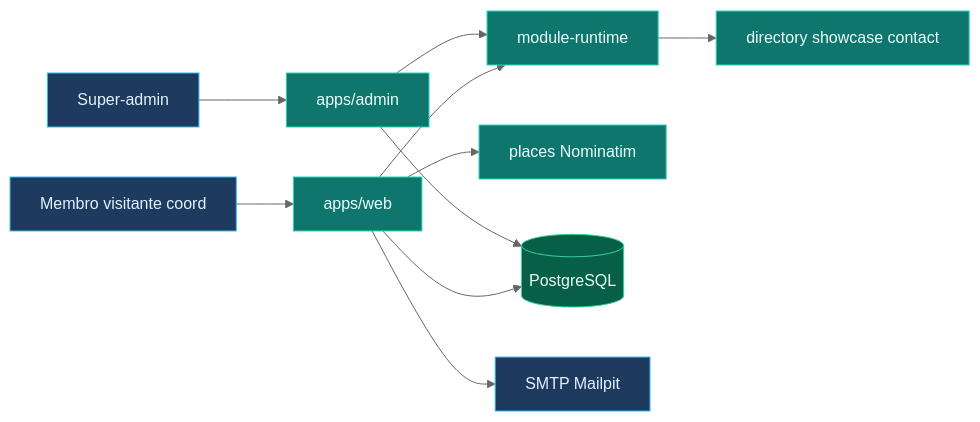
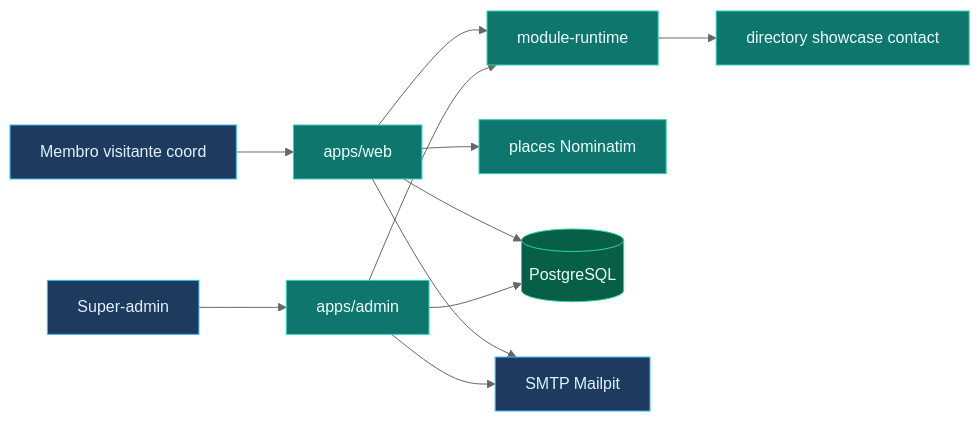
The diagram in docs/architecture/diagrams/alumni-runtime.md (colabcolibri/comuna), drawn with Mermaid (neutral theme) before and after one commit. The commit also changed 99 other files, not shown here.

````diff
--- a/docs/architecture/diagrams/alumni-runtime.md
+++ b/docs/architecture/diagrams/alumni-runtime.md
@@ -11,29 +11,30 @@
 ```mermaid
 flowchart LR
     Member[Membro visitante coord]
     Ops[Super-admin]
     Web[apps/web]
     AdminApp[apps/admin]
     Runtime[module-runtime]
     Places[places Nominatim]
     Plugins[directory showcase contact]
     PG[(PostgreSQL)]
     SMTP[SMTP Mailpit]
 
     Member --> Web
     Ops --> AdminApp
     Web --> Runtime
     AdminApp --> Runtime
     Web --> Places
     Runtime --> Plugins
     Web --> PG
     AdminApp --> PG
     Web --> SMTP
+    AdminApp --> SMTP
 
     classDef app fill:#0f766e,stroke:#2dd4bf,color:#ecfeff
     classDef store fill:#065f46,stroke:#34d399,color:#ecfdf5
     classDef ext fill:#1e3a5f,stroke:#38bdf8,color:#e0f2fe
     class Web,AdminApp,Runtime,Places,Plugins app
     class PG store
     class SMTP,Member,Ops ext
 ```
````
